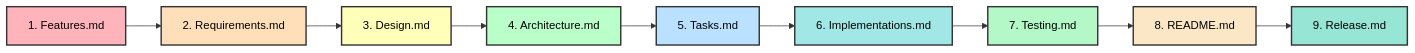
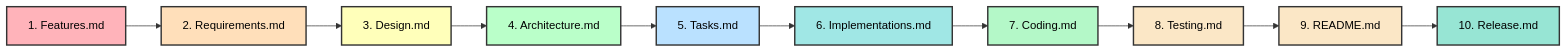
Before and after one commit to yuvaraj119/math-fun: the diagram in spec/README.md, drawn with Mermaid. The commit also changed other lines of this file and 14 other files, not shown here.

````diff
--- a/spec/README.md
+++ b/spec/README.md
@@ -15,21 +15,23 @@
 ```mermaid
 graph LR
     A[1. Features.md] --> B[2. Requirements.md]
     B --> C[3. Design.md]
     C --> D[4. Architecture.md]
     D --> E[5. Tasks.md]
     E --> F[6. Implementations.md]
-    F --> G[7. Testing.md]
-    G --> H[8. README.md]
-    H --> I[9. Release.md]
+    F --> G[7. Coding.md]
+    G --> H[8. Testing.md]
+    H --> I[9. README.md]
+    I --> J[10. Release.md]
     
     style A fill:#FFB3BA,stroke:#333,stroke-width:2px,color:#000
     style B fill:#FFDFBA,stroke:#333,stroke-width:2px,color:#000
     style C fill:#FFFFBA,stroke:#333,stroke-width:2px,color:#000
     style D fill:#BAFFC9,stroke:#333,stroke-width:2px,color:#000
     style E fill:#BAE1FF,stroke:#333,stroke-width:2px,color:#000
     style F fill:#A0E7E5,stroke:#333,stroke-width:2px,color:#000
     style G fill:#B4F8C8,stroke:#333,stroke-width:2px,color:#000
     style H fill:#FBE7C6,stroke:#333,stroke-width:2px,color:#000
-    style I fill:#97E5D4,stroke:#333,stroke-width:2px,color:#000
+    style I fill:#FBE7C6,stroke:#333,stroke-width:2px,color:#000
+    style J fill:#97E5D4,stroke:#333,stroke-width:2px,color:#000
 ```
````
